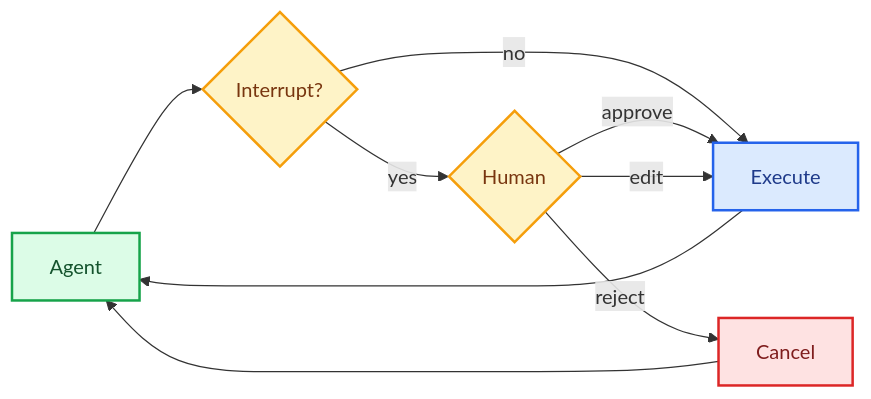
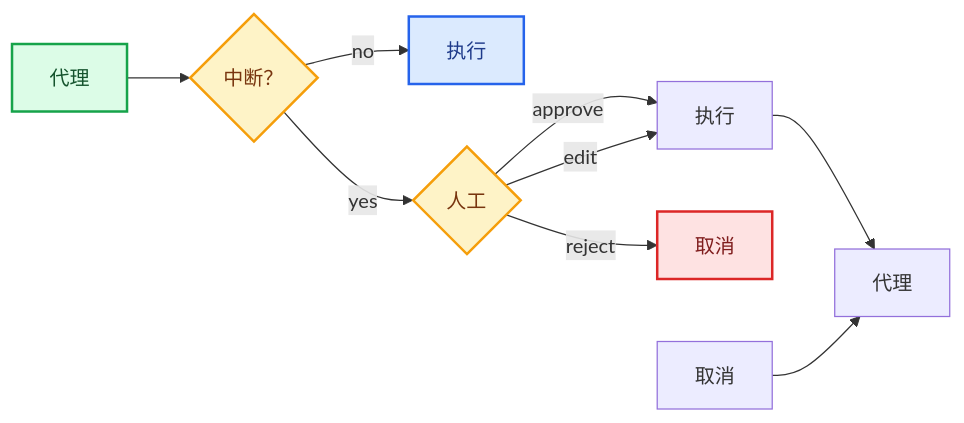
One commit to kunfan96/cndocs-langchain changed the diagram in oss/python/deepagents/human-in-the-loop.mdx. Above: the diagram before and after it, drawn with Mermaid. The commit also changed other lines of this file and 51 other files, not shown here.

````diff
--- a/oss/python/deepagents/human-in-the-loop.mdx
+++ b/oss/python/deepagents/human-in-the-loop.mdx
@@ -11,23 +11,23 @@
 ```mermaid
 graph LR
-    Agent[Agent] --> Check{Interrupt?}
-    Check --> |no| Execute[Execute]
-    Check --> |yes| Human{Human}
+    Agent[代理] --> Check{中断？}
+    Check --> |no| Execute[执行]
+    Check --> |yes| Human{人工}
 
-    Human --> |approve| Execute
-    Human --> |edit| Execute
-    Human --> |reject| Cancel[Cancel]
+    Human --> |approve| 执行
+    Human --> |edit| 执行
+    Human --> |reject| Cancel[取消]
 
-    Execute --> Agent
-    Cancel --> Agent
+    执行 --> 代理
+    取消 --> 代理
 
     classDef trigger fill:#DCFCE7,stroke:#16A34A,stroke-width:2px,color:#14532D
     classDef process fill:#DBEAFE,stroke:#2563EB,stroke-width:2px,color:#1E3A8A
     classDef decision fill:#FEF3C7,stroke:#F59E0B,stroke-width:2px,color:#78350F
     classDef alert fill:#FEE2E2,stroke:#DC2626,stroke-width:2px,color:#7F1D1D
 
     class Agent trigger
     class Check,Human decision
     class Execute process
     class Cancel alert
 ```
````
